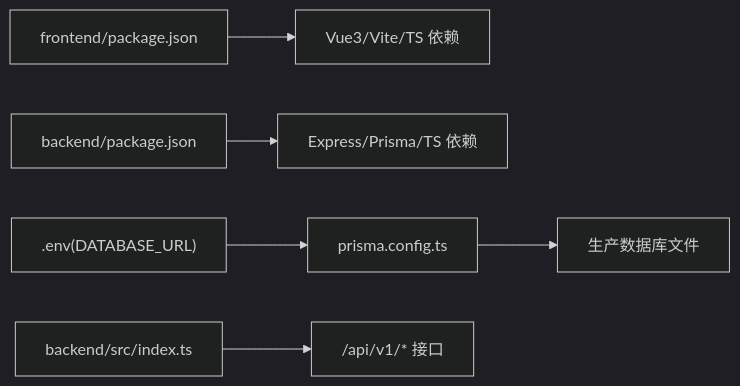
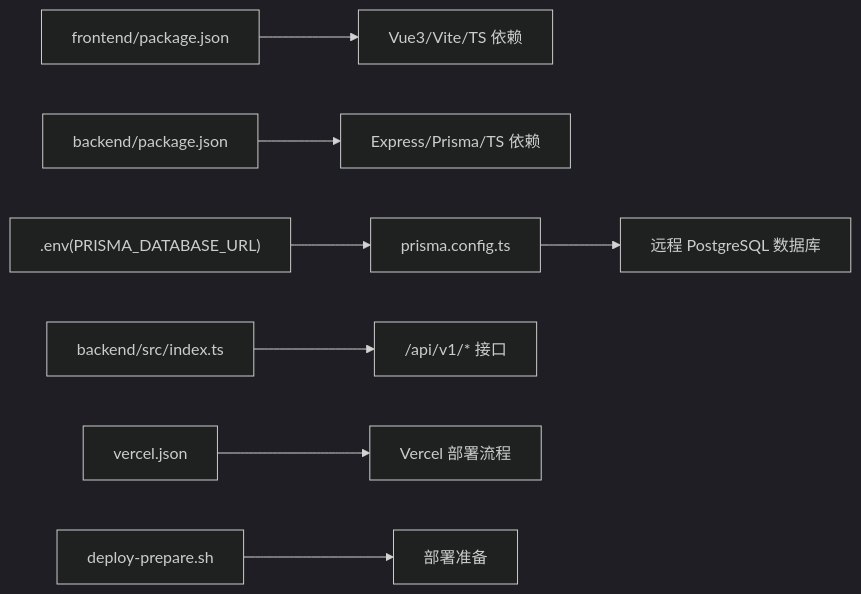
One commit to iazrael/feihua-ling changed the fifth of 5 diagrams in .qoder/repowiki/zh/content/环境配置与部署/部署指南/部署指南.md. Above: the diagram before and after it, drawn with Mermaid (dark theme). The commit also changed other lines of this file and 12 other files, not shown here.

````diff
--- a/.qoder/repowiki/zh/content/环境配置与部署/部署指南/部署指南.md
+++ b/.qoder/repowiki/zh/content/环境配置与部署/部署指南/部署指南.md
@@ -209,8 +260,10 @@
 ```mermaid
 graph LR
 FE_PKG["frontend/package.json"] --> FE_DEPS["Vue3/Vite/TS 依赖"]
 BE_PKG["backend/package.json"] --> BE_DEPS["Express/Prisma/TS 依赖"]
-BE_ENV[".env(DATABASE_URL)"] --> PRISMA_CFG["prisma.config.ts"]
-PRISMA_CFG --> PRISMA_DB["生产数据库文件"]
+BE_ENV[".env(PRISMA_DATABASE_URL)"] --> PRISMA_CFG["prisma.config.ts"]
+PRISMA_CFG --> PRISMA_DB["远程 PostgreSQL 数据库"]
 BE_INDEX["backend/src/index.ts"] --> API["/api/v1/* 接口"]
+VERCEL_CFG["vercel.json"] --> DEPLOY["Vercel 部署流程"]
+SCRIPT["deploy-prepare.sh"] --> PREPARE["部署准备"]
 ```
````
